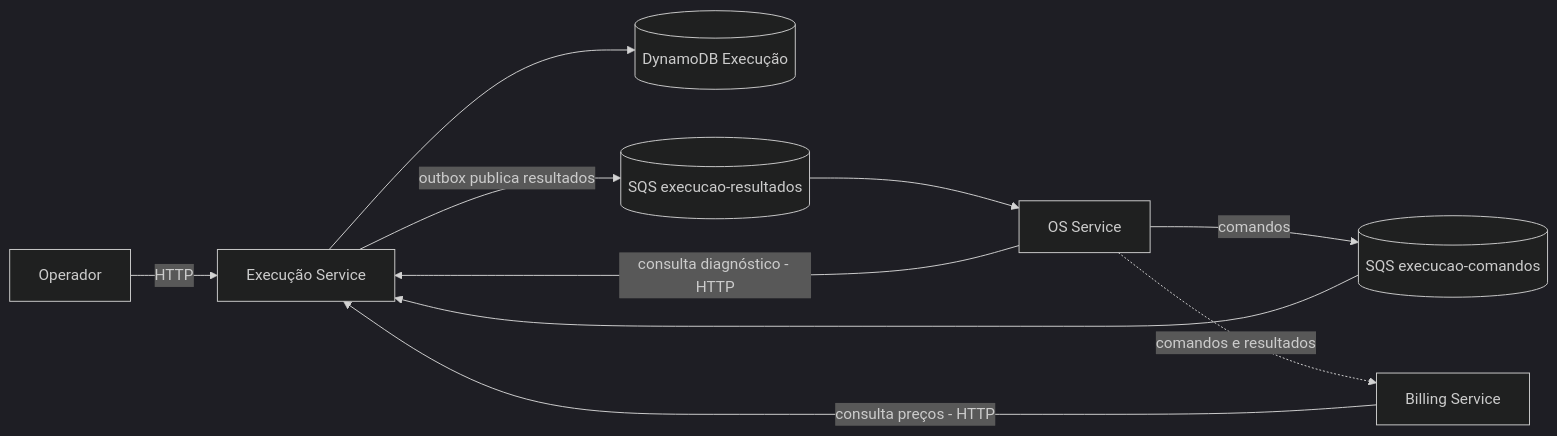
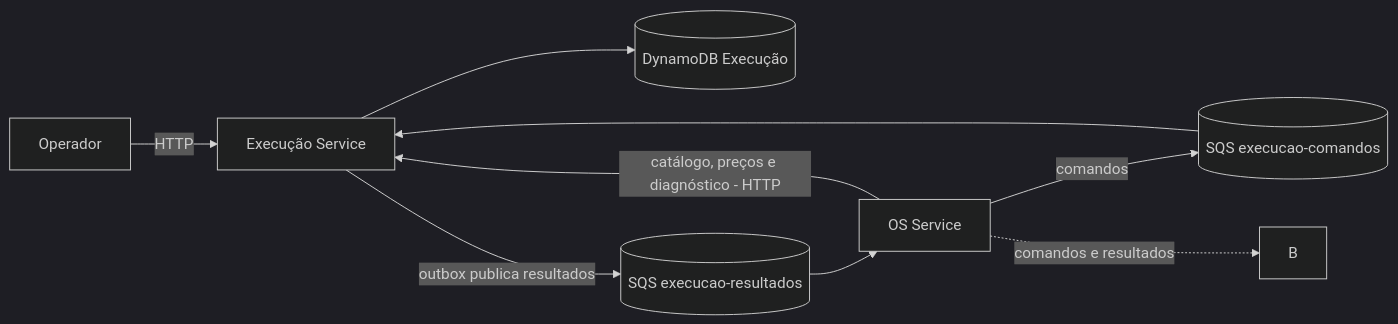
One commit to pisanohub/oficina-fiap-execucao-service changed the first of 2 diagrams in docs/arquitetura-execucao.md. Above: the diagram before and after it, drawn with Mermaid (dark theme). The commit also changed other lines of this file and 7 other files, not shown here.

````diff
--- a/docs/arquitetura-execucao.md
+++ b/docs/arquitetura-execucao.md
@@ -11,12 +11,11 @@
 ```mermaid
 flowchart LR
     O[Operador] -->|HTTP| E[Execução Service]
-    OS[OS Service] -->|consulta diagnóstico - HTTP| E
-    B[Billing Service] -->|consulta preços - HTTP| E
+    OS[OS Service] -->|catálogo, preços e diagnóstico - HTTP| E
     OS -->|comandos| QC[(SQS execucao-comandos)]
     QC --> E
     E --> D[(DynamoDB Execução)]
     E -->|outbox publica resultados| QR[(SQS execucao-resultados)]
     QR --> OS
     OS -. comandos e resultados .-> B
 ```
````
